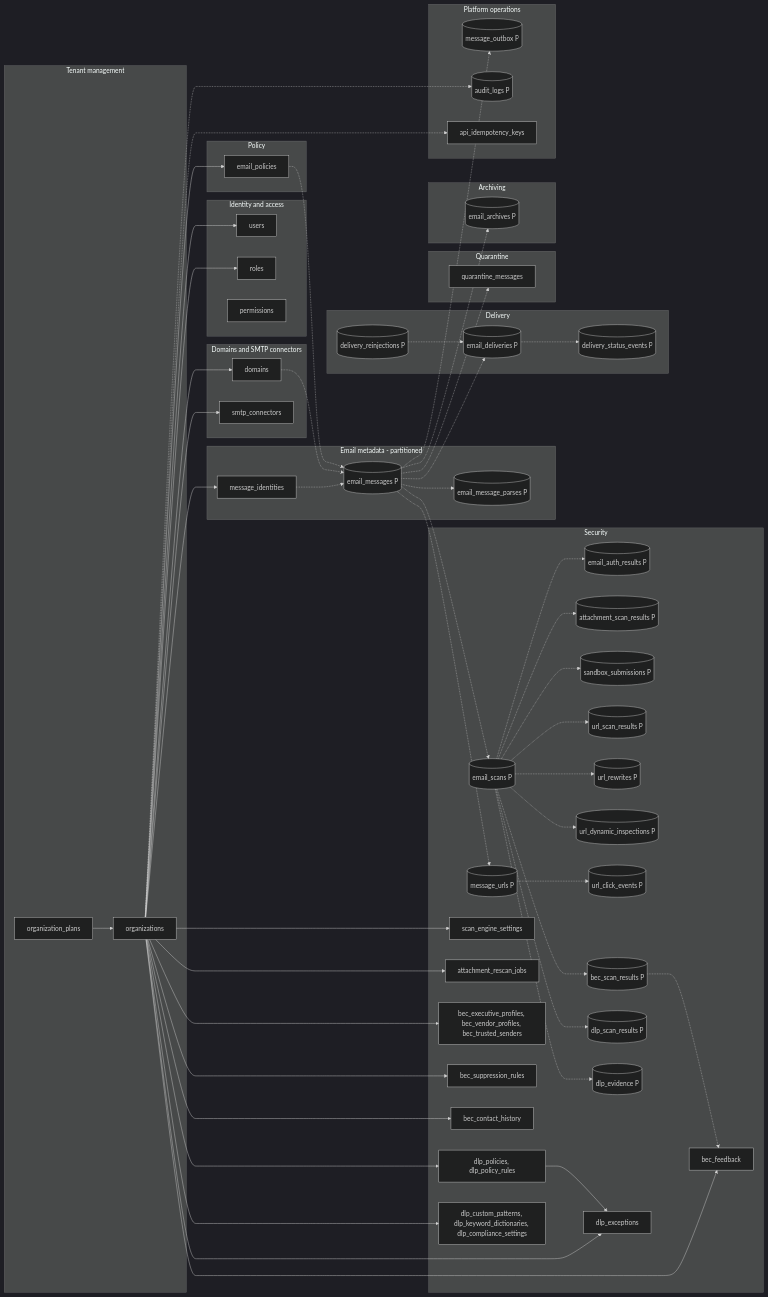
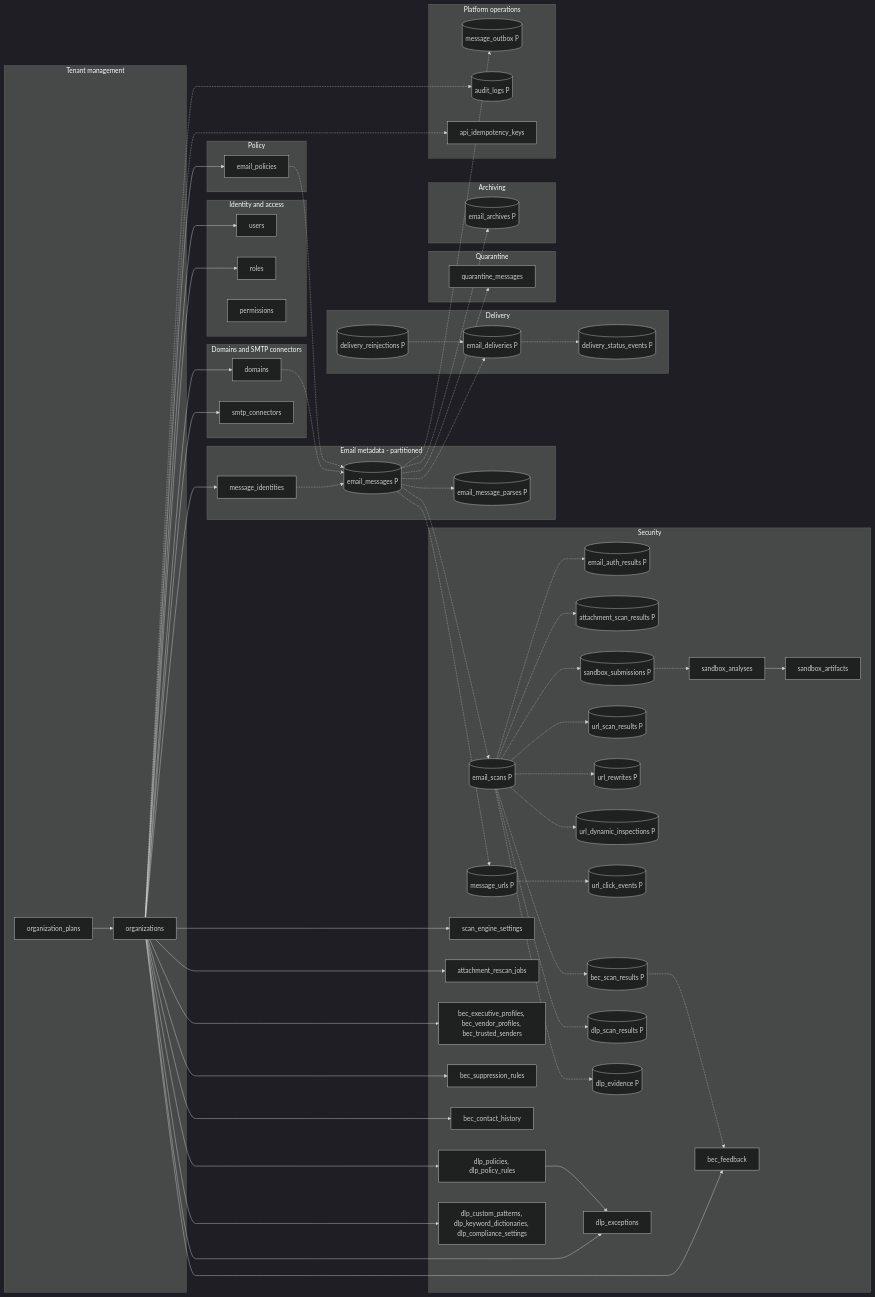
The first of 11 diagrams in docs/database/er-diagram.md (mnnitsarvesh-ai/email-gateway), drawn with Mermaid (dark theme) before and after one commit. The commit also changed other lines of this file and 304 other files, not shown here.

```diff
--- a/docs/database/er-diagram.md
+++ b/docs/database/er-diagram.md
@@ -36,6 +36,8 @@
     email_auth_results[(email_auth_results P)]
     attachment_scan_results[(attachment_scan_results P)]
     sandbox_submissions[(sandbox_submissions P)]
+    sandbox_analyses
+    sandbox_artifacts
     message_urls[(message_urls P)]
     url_scan_results[(url_scan_results P)]
     url_rewrites[(url_rewrites P)]
@@ -87,6 +89,8 @@
   email_scans -.-> email_auth_results
   email_scans -.-> attachment_scan_results
   email_scans -.-> sandbox_submissions
+  sandbox_submissions -.-> sandbox_analyses
+  sandbox_analyses --> sandbox_artifacts
   email_messages -.-> message_urls
   email_scans -.-> url_scan_results
   email_scans -.-> url_rewrites
```
